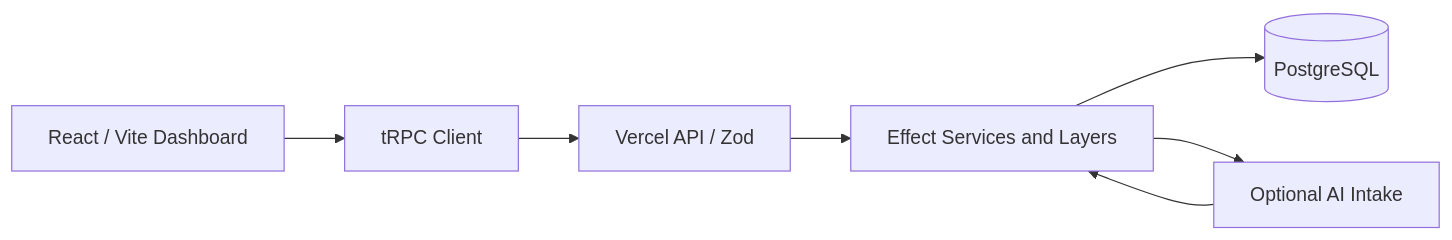
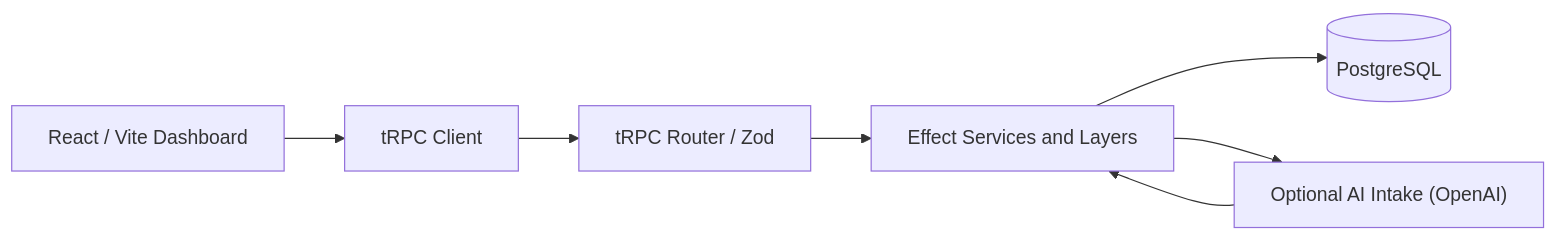
Before and after one commit to FarnazNK/FlowState: the first of 3 diagrams in README.md, drawn with Mermaid. The commit also changed other lines of this file, not shown here.

````diff
--- a/README.md
+++ b/README.md
@@ -47,9 +45,9 @@
 ```mermaid
 flowchart LR
   UI["React / Vite Dashboard"] --> CLIENT["tRPC Client"]
-  CLIENT --> API["Vercel API / Zod"]
+  CLIENT --> API["tRPC Router / Zod"]
   API --> SERVICE["Effect Services and Layers"]
   SERVICE --> DB[("PostgreSQL")]
-  SERVICE --> MODEL["Optional AI Intake"]
+  SERVICE --> MODEL["Optional AI Intake (OpenAI)"]
   MODEL --> SERVICE
 ```
````
